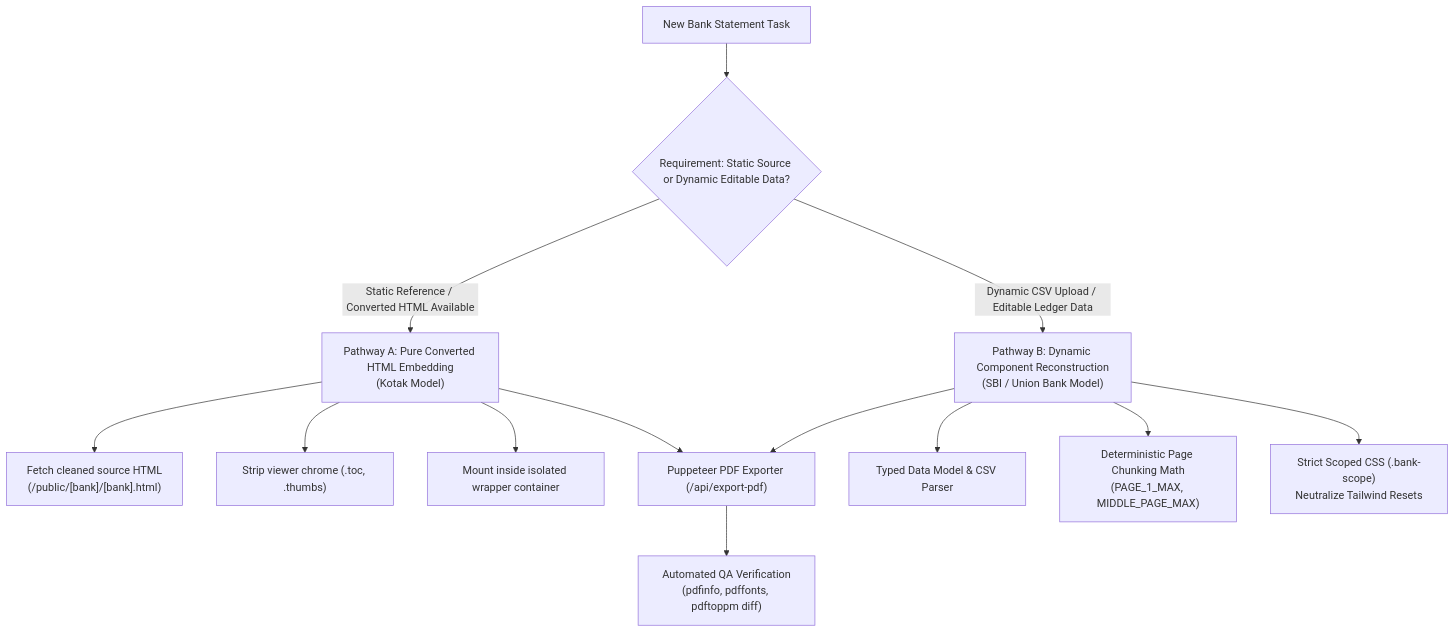
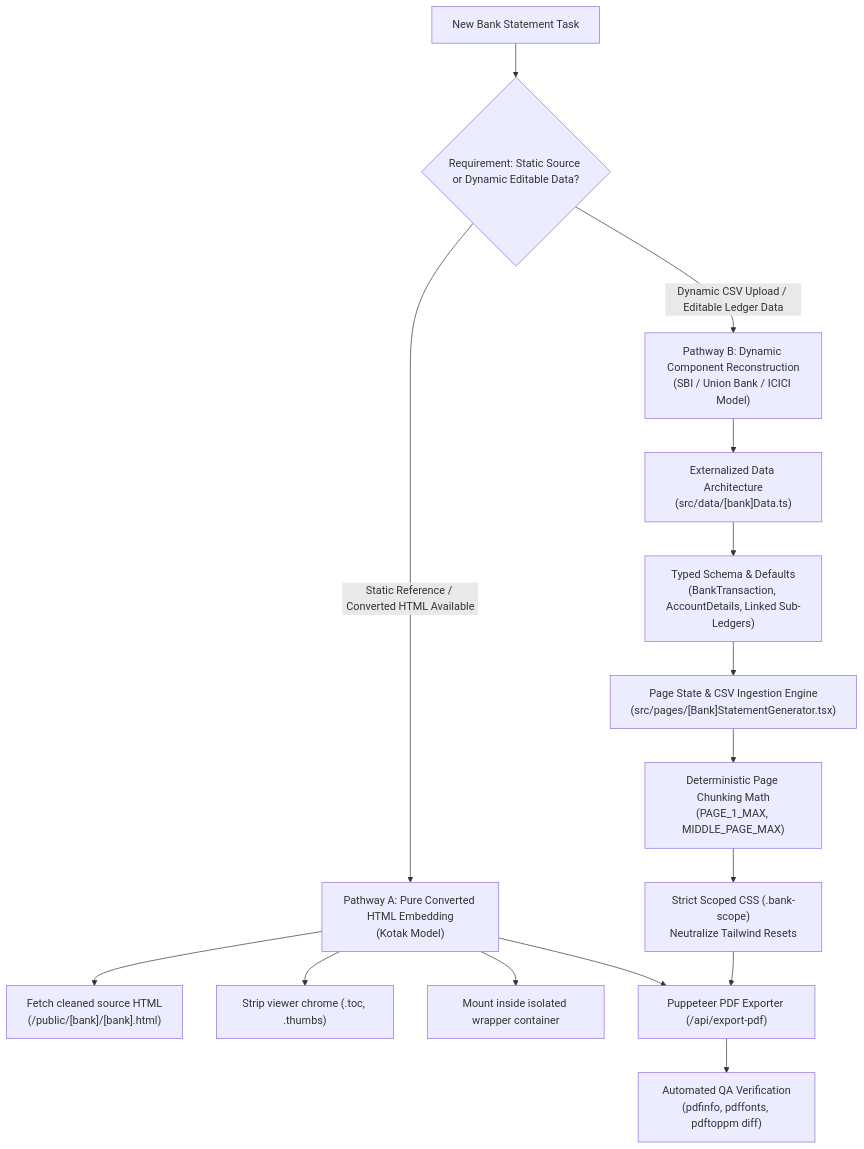
The first of 2 diagrams in docs/STATEMENT_GENERATOR_GUIDE.md (skylandcareers/payslips), drawn with Mermaid before and after one commit. The commit also changed other lines of this file, not shown here.

Commit message:
docs: mandate externalized data sources in bank statement guide

````diff
--- a/docs/STATEMENT_GENERATOR_GUIDE.md
+++ b/docs/STATEMENT_GENERATOR_GUIDE.md
@@ -21,19 +22,21 @@
 ```mermaid
 flowchart TD
     A["New Bank Statement Task"] --> B{"Requirement: Static Source or Dynamic Editable Data?"}
     
     B -->|"Static Reference / Converted HTML Available"| C["Pathway A: Pure Converted HTML Embedding\n(Kotak Model)"]
-    B -->|"Dynamic CSV Upload / Editable Ledger Data"| D["Pathway B: Dynamic Component Reconstruction\n(SBI / Union Bank Model)"]
+    B -->|"Dynamic CSV Upload / Editable Ledger Data"| D["Pathway B: Dynamic Component Reconstruction\n(SBI / Union Bank / ICICI Model)"]
     
     C --> C1["Fetch cleaned source HTML\n(/public/[bank]/[bank].html)"]
     C --> C2["Strip viewer chrome (.toc, .thumbs)"]
     C --> C3["Mount inside isolated wrapper container"]
     C --> E["Puppeteer PDF Exporter (/api/export-pdf)"]
     
-    D --> D1["Typed Data Model & CSV Parser"]
-    D --> D2["Deterministic Page Chunking Math\n(PAGE_1_MAX, MIDDLE_PAGE_MAX)"]
-    D --> D3["Strict Scoped CSS (.bank-scope)\nNeutralize Tailwind Resets"]
-    D --> E
+    D --> D0["Externalized Data Architecture\n(src/data/[bank]Data.ts)"]
+    D0 --> D1["Typed Schema & Defaults\n(BankTransaction, AccountDetails, Linked Sub-Ledgers)"]
+    D1 --> D2["Page State & CSV Ingestion Engine\n(src/pages/[Bank]StatementGenerator.tsx)"]
+    D2 --> D3["Deterministic Page Chunking Math\n(PAGE_1_MAX, MIDDLE_PAGE_MAX)"]
+    D3 --> D4["Strict Scoped CSS (.bank-scope)\nNeutralize Tailwind Resets"]
+    D4 --> E
     
     E --> F["Automated QA Verification\n(pdfinfo, pdffonts, pdftoppm diff)"]
 ```
````
